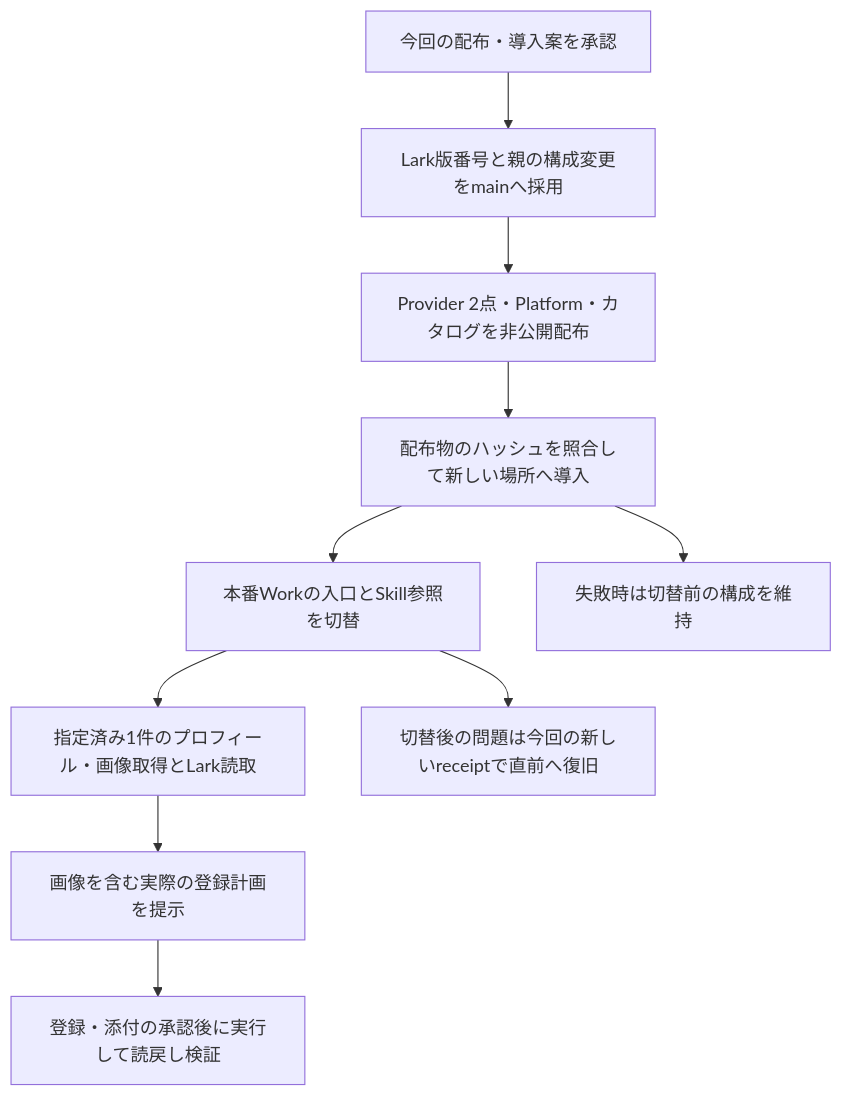
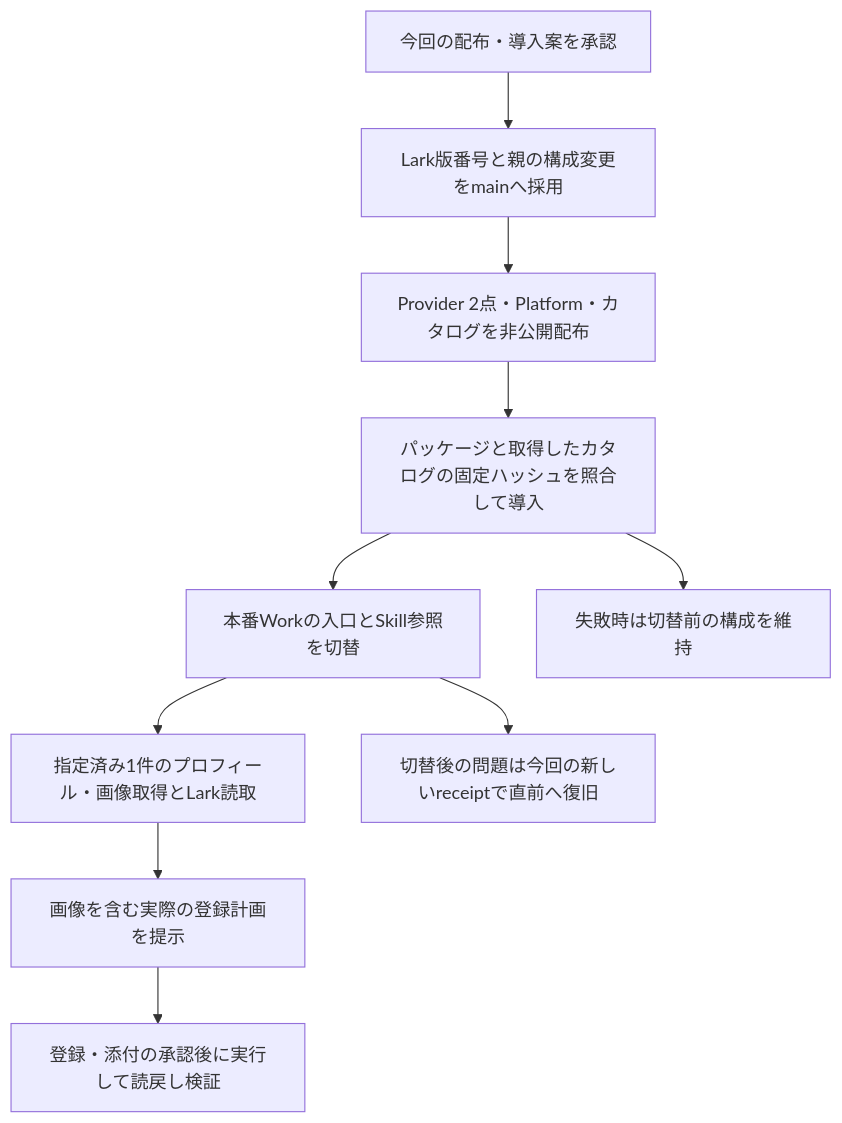
Before and after one commit to flair-agency/live-agency: the diagram in docs/reviews/profile-avatar-readback-adoption-ja.md, drawn with Mermaid. The commit also changed other lines of this file, not shown here.

````diff
--- a/docs/reviews/profile-avatar-readback-adoption-ja.md
+++ b/docs/reviews/profile-avatar-readback-adoption-ja.md
@@ -31,12 +31,12 @@
 ```mermaid
 flowchart TD
     A[今回の配布・導入案を承認] --> B[Lark版番号と親の構成変更をmainへ採用]
     B --> C[Provider 2点・Platform・カタログを非公開配布]
-    C --> D[配布物のハッシュを照合して新しい場所へ導入]
+    C --> D[パッケージと取得したカタログの固定ハッシュを照合して導入]
     D --> E[本番Workの入口とSkill参照を切替]
     E --> F[指定済み1件のプロフィール・画像取得とLark読取]
     F --> G[画像を含む実際の登録計画を提示]
     G --> H[登録・添付の承認後に実行して読戻し検証]
     D --> I[失敗時は切替前の構成を維持]
     E --> J[切替後の問題は今回の新しいreceiptで直前へ復旧]
 ```
````
